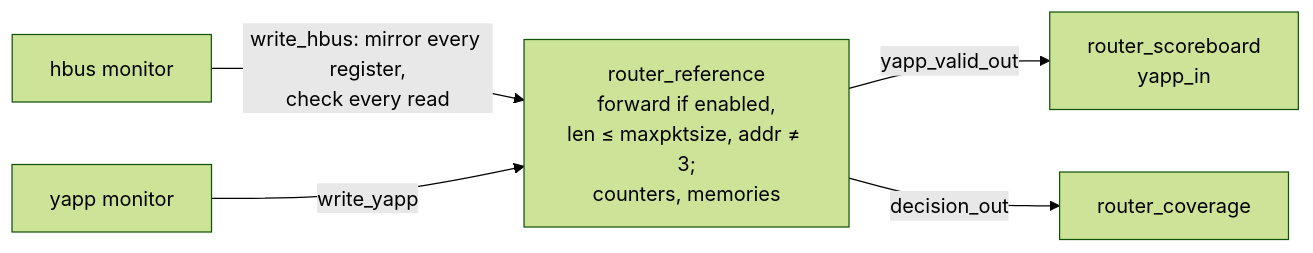
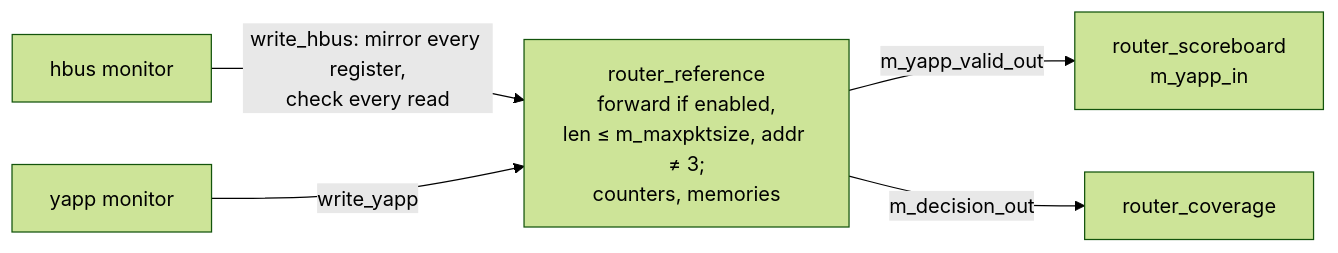
One commit to tamirgabgab/Qcom-Mentoring changed the diagram in docs/components/reference-model.md. Above: the diagram before and after it, drawn with Mermaid (forest theme). The commit also changed 83 other files, not shown here.

First line of the commit message:
Site diagrams use the code's variable names

````diff
--- a/docs/components/reference-model.md
+++ b/docs/components/reference-model.md
@@ -13,7 +13,7 @@
 ```mermaid
 flowchart LR
     H["hbus monitor"] -->|"write_hbus: mirror every register,<br/>check every read"| R
     Y["yapp monitor"] -->|"write_yapp"| R
-    R["router_reference<br/>forward if enabled,<br/>len ≤ maxpktsize, addr ≠ 3;<br/>counters, memories"] -->|"yapp_valid_out"| S["router_scoreboard<br/>yapp_in"]
-    R -->|"decision_out"| C["router_coverage"]
+    R["router_reference<br/>forward if enabled,<br/>len ≤ m_maxpktsize, addr ≠ 3;<br/>counters, memories"] -->|"m_yapp_valid_out"| S["router_scoreboard<br/>m_yapp_in"]
+    R -->|"m_decision_out"| C["router_coverage"]
 ```
````
